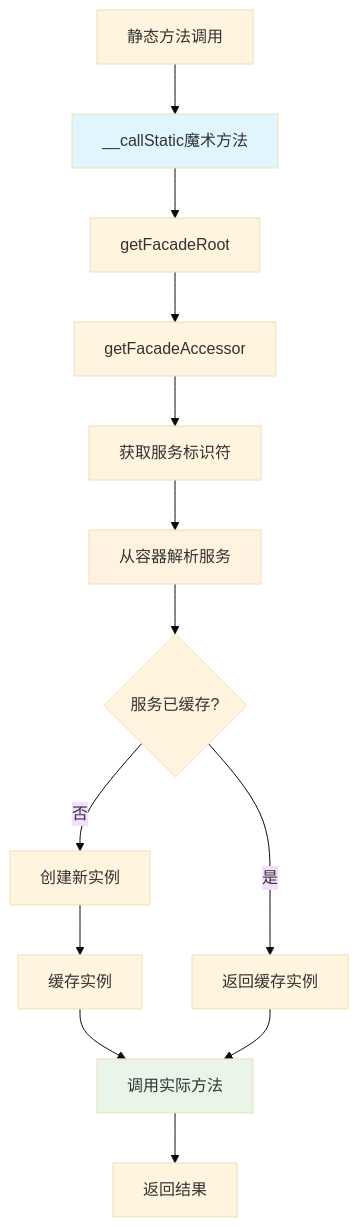
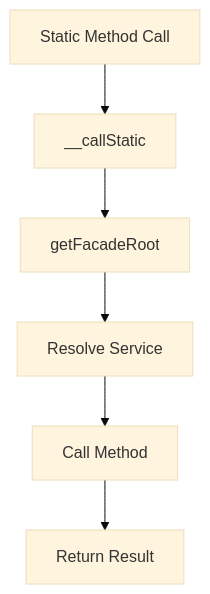
One commit to fanly/DesignPattern changed the fourth of 4 diagrams in resources/design-patterns/laravel/structural/facade_zh.md. Above: the diagram before and after it, drawn with Mermaid (base theme). The commit also changed other lines of this file and 103 other files, not shown here.

````diff
--- a/resources/design-patterns/laravel/structural/facade_zh.md
+++ b/resources/design-patterns/laravel/structural/facade_zh.md
@@ -125,19 +87,8 @@
 ```mermaid
 flowchart TD
-    A[静态方法调用] --> B[__callStatic魔术方法]
+    A[Static Method Call] --> B[__callStatic]
     B --> C[getFacadeRoot]
-    C --> D[getFacadeAccessor]
-    D --> E[获取服务标识符]
-    E --> F[从容器解析服务]
-    F --> G{服务已缓存?}
-    G -->|是| H[返回缓存实例]
-    G -->|否| I[创建新实例]
-    I --> J[缓存实例]
-    J --> K[调用实际方法]
-    H --> K
-    K --> L[返回结果]
-    
-    style B fill:#e1f5fe
-    style F fill:#fff3e0
-    style K fill:#e8f5e8
+    C --> D[Resolve Service]
+    D --> E[Call Method]
+    E --> F[Return Result]
 ```
````
